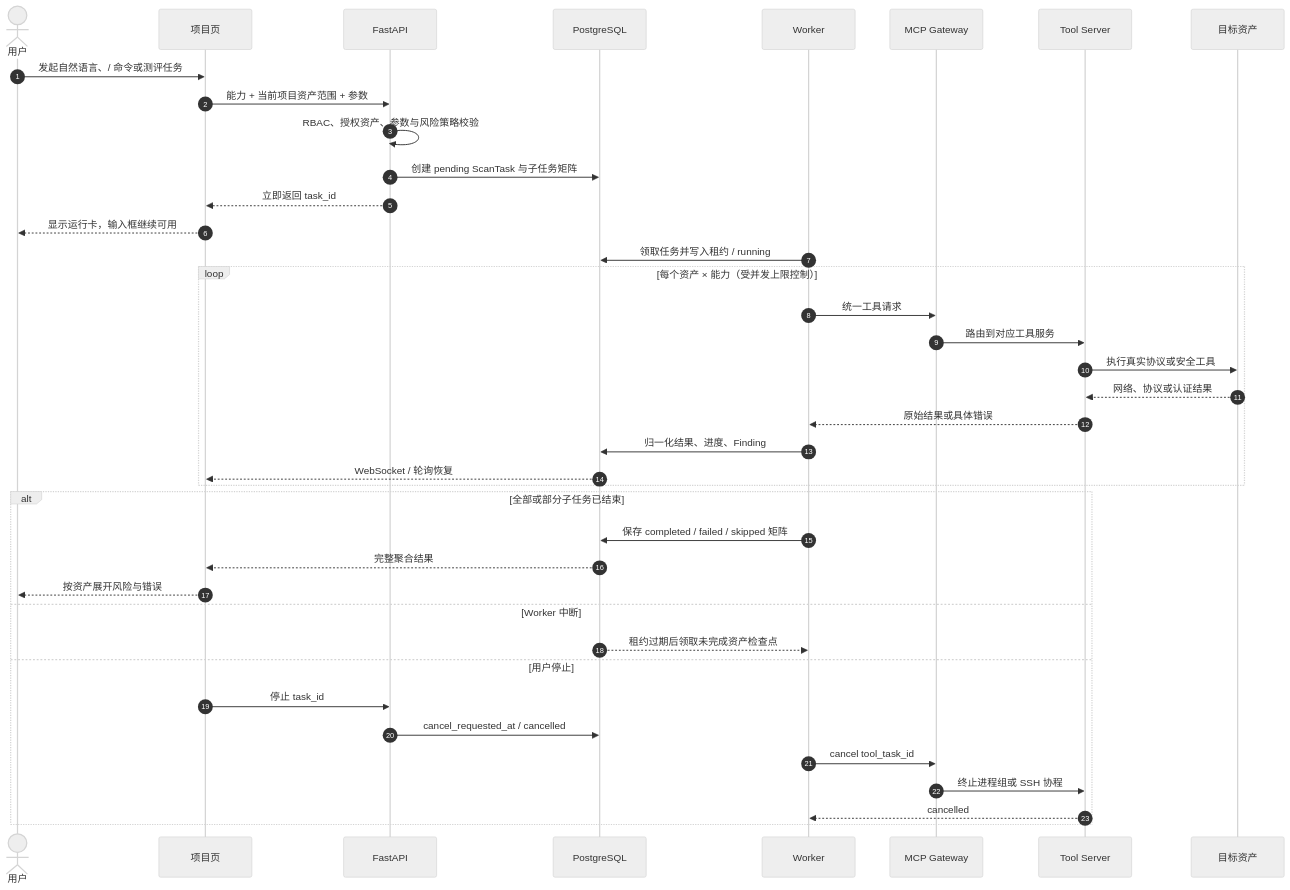
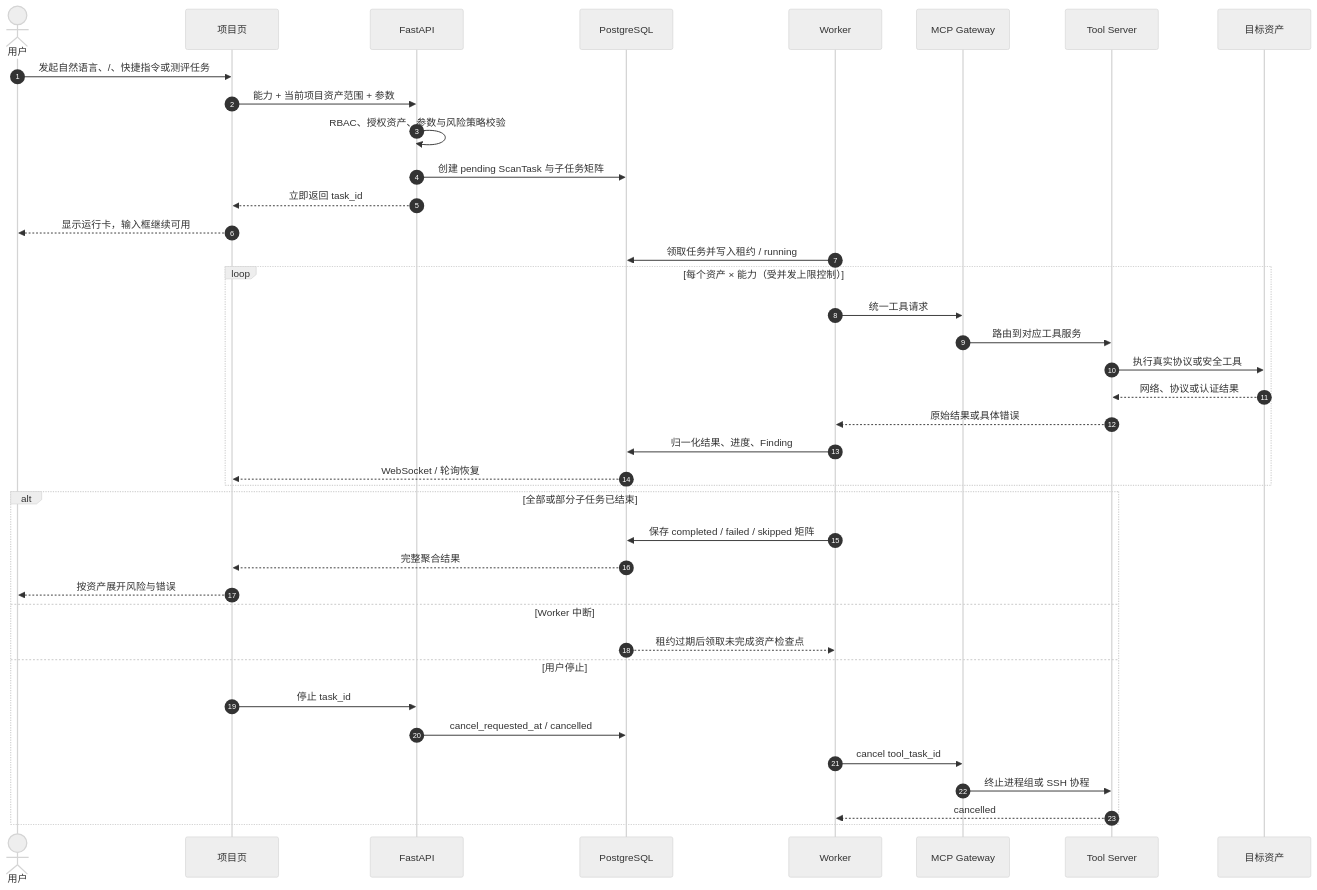
One commit to asxzsa558/CertiProof changed the seventh of 11 diagrams in .opencode/plans/ARCHITECTURE.md. Above: the diagram before and after it, drawn with Mermaid (neutral theme). The commit also changed other lines of this file and 22 other files, not shown here.

````diff
--- a/.opencode/plans/ARCHITECTURE.md
+++ b/.opencode/plans/ARCHITECTURE.md
@@ -754,44 +758,44 @@
 ```mermaid
 sequenceDiagram
   autonumber
   actor U as 用户
   participant FE as 项目页
   participant API as FastAPI
   participant DB as PostgreSQL
   participant W as Worker
   participant GW as MCP Gateway
   participant TS as Tool Server
   participant T as 目标资产
 
-  U->>FE: 发起自然语言、/ 命令或测评任务
+  U->>FE: 发起自然语言、/、快捷指令或测评任务
   FE->>API: 能力 + 当前项目资产范围 + 参数
   API->>API: RBAC、授权资产、参数与风险策略校验
   API->>DB: 创建 pending ScanTask 与子任务矩阵
   API-->>FE: 立即返回 task_id
   FE-->>U: 显示运行卡，输入框继续可用
 
   W->>DB: 领取任务并写入租约 / running
   loop 每个资产 × 能力（受并发上限控制）
     W->>GW: 统一工具请求
     GW->>TS: 路由到对应工具服务
     TS->>T: 执行真实协议或安全工具
     T-->>TS: 网络、协议或认证结果
     TS-->>W: 原始结果或具体错误
     W->>DB: 归一化结果、进度、Finding
     DB-->>FE: WebSocket / 轮询恢复
   end
 
   alt 全部或部分子任务已结束
     W->>DB: 保存 completed / failed / skipped 矩阵
     DB-->>FE: 完整聚合结果
     FE-->>U: 按资产展开风险与错误
   else Worker 中断
     DB-->>W: 租约过期后领取未完成资产检查点
   else 用户停止
     FE->>API: 停止 task_id
     API->>DB: cancel_requested_at / cancelled
     W->>GW: cancel tool_task_id
     GW->>TS: 终止进程组或 SSH 协程
     TS-->>W: cancelled
   end
 ```
````
